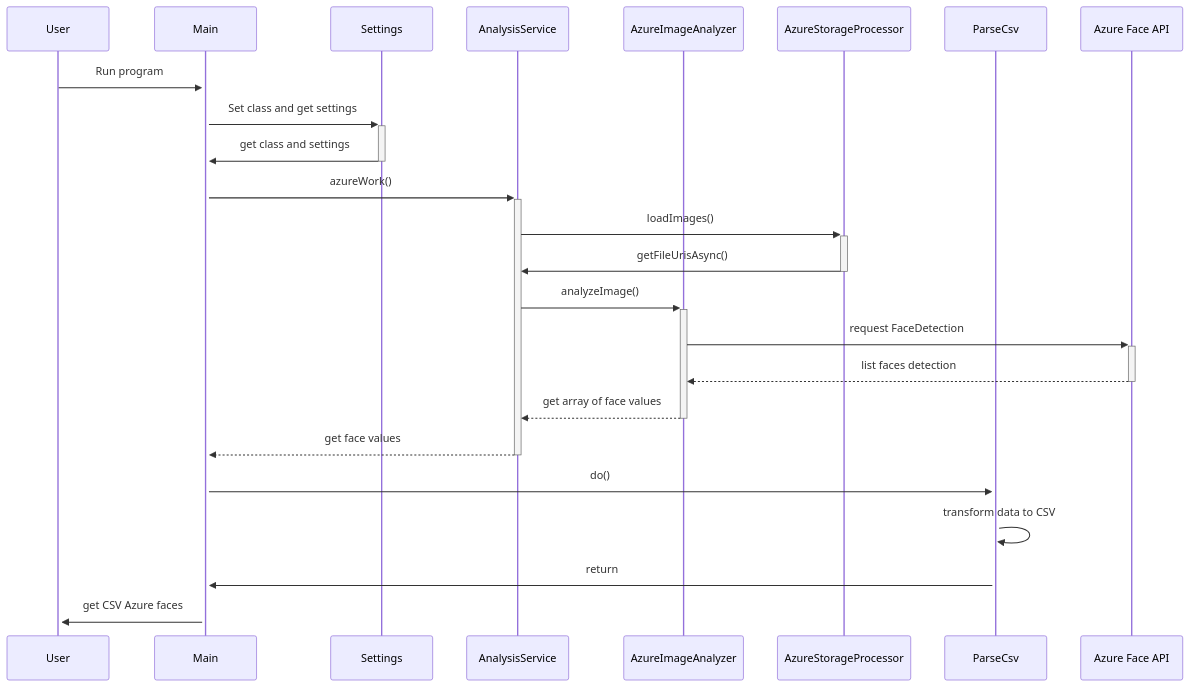
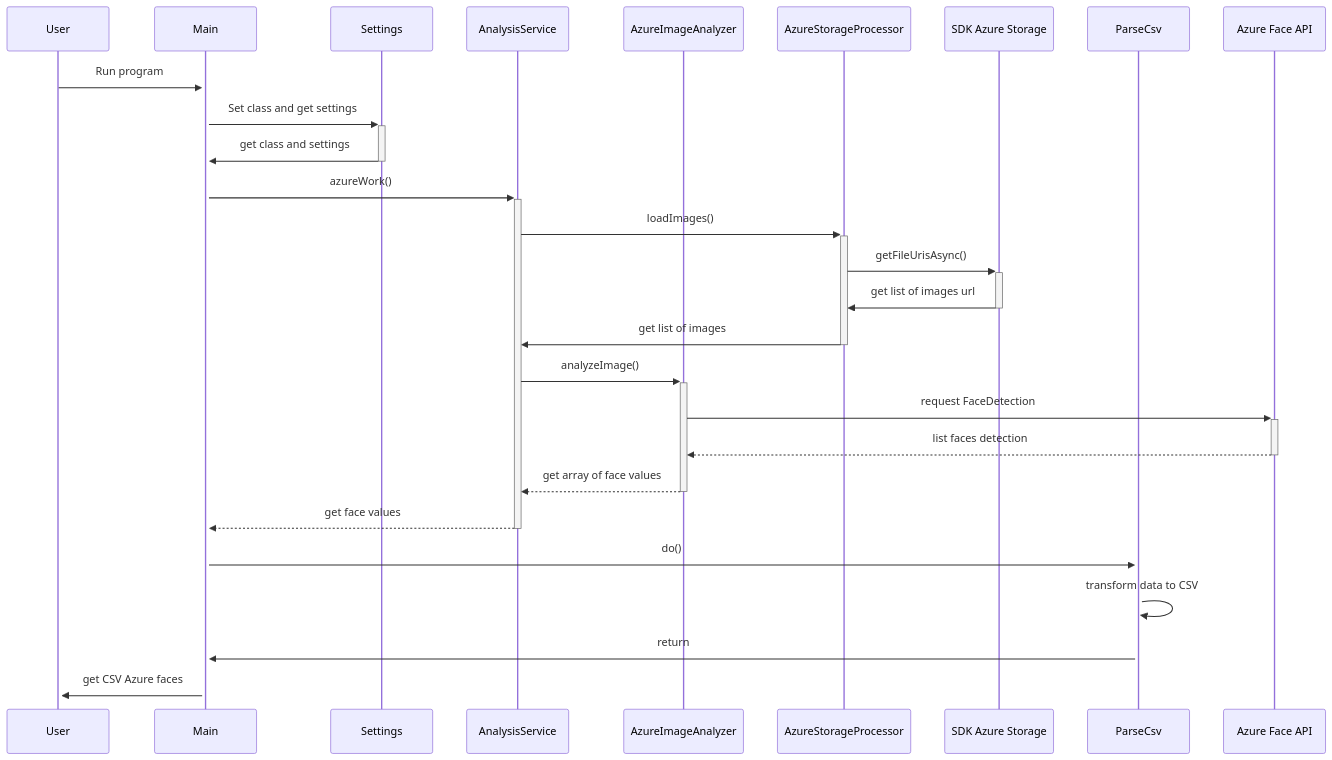
Before and after one commit to bslbar/face-recognition: the diagram in diagrams/AzureSequenceDiagram.md, drawn with Mermaid. The commit also changed 1 other file, not shown here.

Commit message:
edits sequence diagrams

````diff
--- a/diagrams/AzureSequenceDiagram.md
+++ b/diagrams/AzureSequenceDiagram.md
@@ -1,26 +1,29 @@
 ```mermaid
 sequenceDiagram
     participant U as User
     participant M as Main
     participant S as Settings
     participant AS as AnalysisService
     participant AIA as AzureImageAnalyzer
     participant ASP as AzureStorageProcessor
+    participant SDKSTORAGE as SDK Azure Storage
     participant PCSV as ParseCsv
     participant AZURE as Azure Face API
 	U->>+M: Run program						
 	M->>+S: Set class and get settings 						
 	S->>-M: get class and settings							
 	M->>+AS: azureWork()						
 	AS->>+ASP: loadImages()	
-	ASP->>-AS: getFileUrisAsync()					
+	ASP->>+SDKSTORAGE: getFileUrisAsync()
+    SDKSTORAGE->>-ASP: get list of images url
+    ASP->>-AS: get list of images					
 	AS->>+AIA: analyzeImage()					
 	AIA->>+AZURE: request FaceDetection					
 	AZURE-->>-AIA: list faces detection					
 	AIA-->>-AS: get array of face values					
 	AS-->>-M:  get face values
     M->>+PCSV: do()	
     PCSV->>+PCSV: transform data to CSV	
     PCSV->>+M:	return
     M->>+U: get CSV Azure faces 
 ```
````
